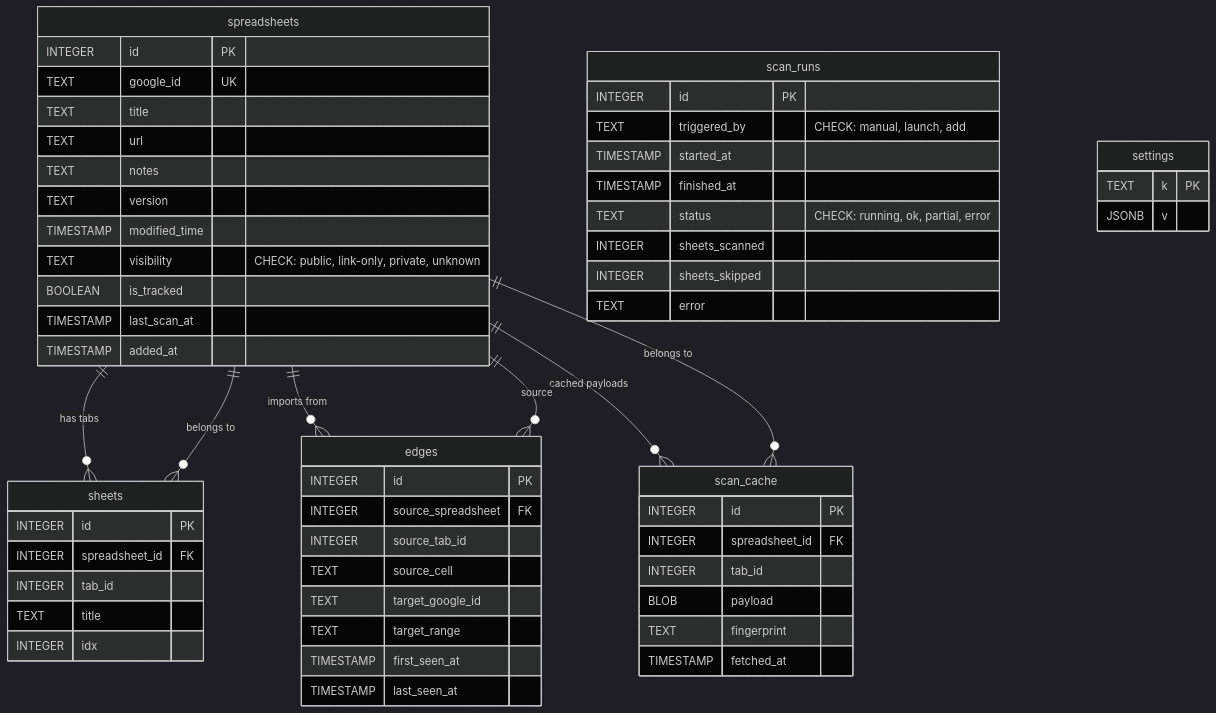
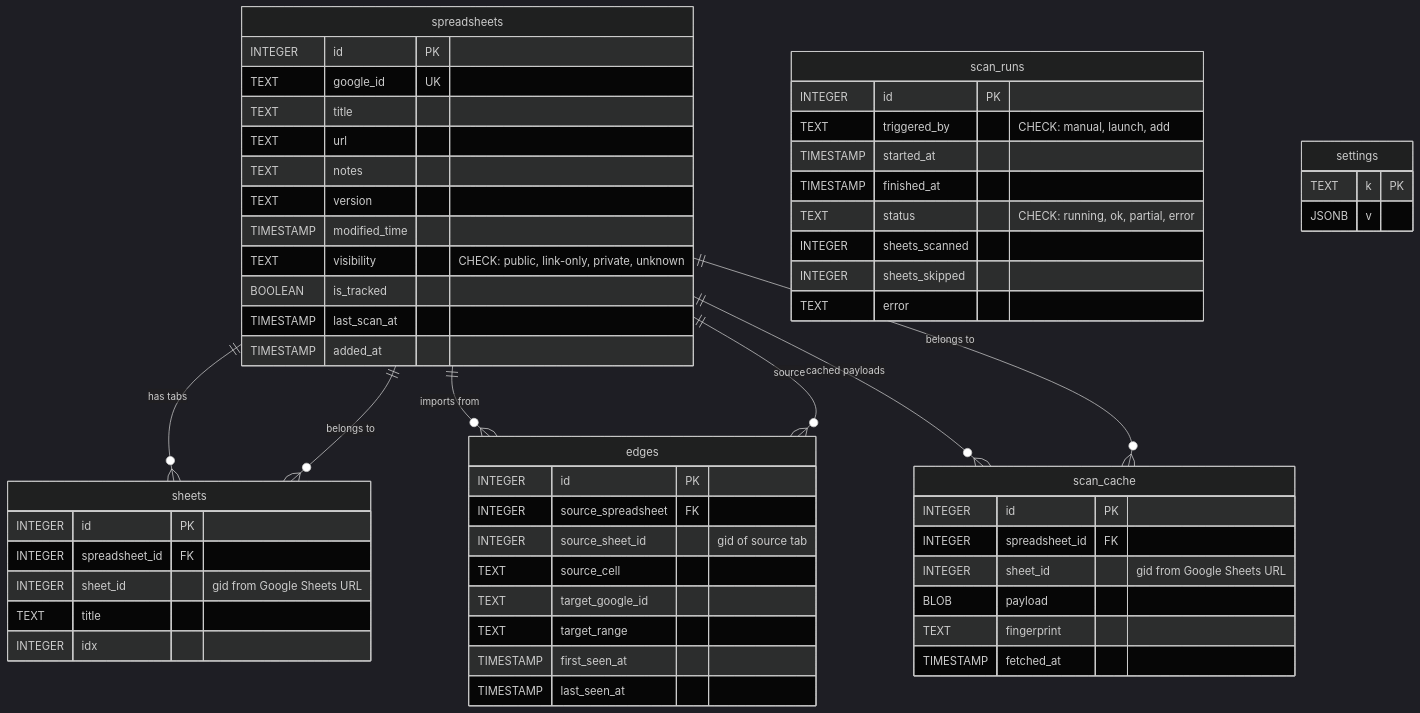
Before and after one commit to farrelaby/sheettracer: the diagram in docs/DATABASE.md, drawn with Mermaid (dark theme). The commit also changed other lines of this file and 1 other file, not shown here.

First line of the commit message:
feat(db): rename tab_id to sheet_id in schema

````diff
--- a/docs/DATABASE.md
+++ b/docs/DATABASE.md
@@ -24,67 +24,67 @@
 ```mermaid
 erDiagram
     spreadsheets {
         INTEGER id PK
         TEXT google_id UK
         TEXT title
         TEXT url
         TEXT notes
         TEXT version
         TIMESTAMP modified_time
         TEXT visibility "CHECK: public, link-only, private, unknown"
         BOOLEAN is_tracked
         TIMESTAMP last_scan_at
         TIMESTAMP added_at
     }
 
     sheets {
         INTEGER id PK
         INTEGER spreadsheet_id FK
-        INTEGER tab_id
+        INTEGER sheet_id "gid from Google Sheets URL"
         TEXT title
         INTEGER idx
     }
 
     edges {
         INTEGER id PK
         INTEGER source_spreadsheet FK
-        INTEGER source_tab_id
+        INTEGER source_sheet_id "gid of source tab"
         TEXT source_cell
         TEXT target_google_id
         TEXT target_range
         TIMESTAMP first_seen_at
         TIMESTAMP last_seen_at
     }
 
     scan_cache {
         INTEGER id PK
         INTEGER spreadsheet_id FK
-        INTEGER tab_id
+        INTEGER sheet_id "gid from Google Sheets URL"
         BLOB payload
         TEXT fingerprint
         TIMESTAMP fetched_at
     }
 
     scan_runs {
         INTEGER id PK
         TEXT triggered_by "CHECK: manual, launch, add"
         TIMESTAMP started_at
         TIMESTAMP finished_at
         TEXT status "CHECK: running, ok, partial, error"
         INTEGER sheets_scanned
         INTEGER sheets_skipped
         TEXT error
     }
 
     settings {
         TEXT k PK
         JSONB v
     }
 
     spreadsheets ||--o{ sheets : "has tabs"
     spreadsheets ||--o{ edges : "imports from"
     spreadsheets ||--o{ scan_cache : "cached payloads"
     sheets }o--|| spreadsheets : "belongs to"
     edges }o--|| spreadsheets : "source"
     scan_cache }o--|| spreadsheets : "belongs to"
 ```
````
